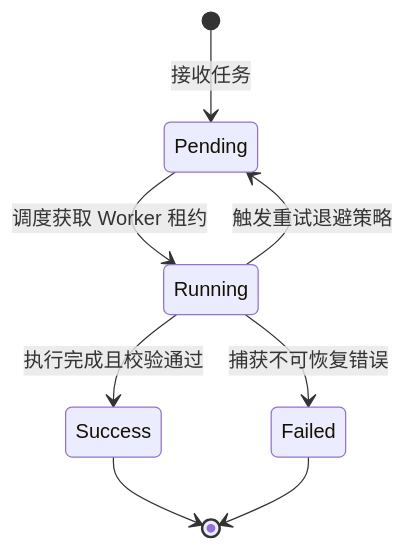
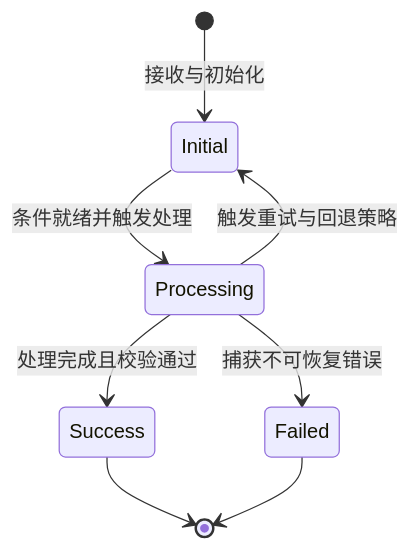
Before and after one commit to Asstar-X/repo-mentor: the diagram in methodology/04-state-and-invariants.md, drawn with Mermaid. The commit also changed other lines of this file and 7 other files, not shown here.

````diff
--- a/methodology/04-state-and-invariants.md
+++ b/methodology/04-state-and-invariants.md
@@ -32,10 +32,10 @@
 ```mermaid
 stateDiagram-v2
-    [*] --> Pending : 接收任务
-    Pending --> Running : 调度获取 Worker 租约
-    Running --> Success : 执行完成且校验通过
-    Running --> Failed : 捕获不可恢复错误
-    Running --> Pending : 触发重试退避策略
+    [*] --> Initial : 接收与初始化
+    Initial --> Processing : 条件就绪并触发处理
+    Processing --> Success : 处理完成且校验通过
+    Processing --> Failed : 捕获不可恢复错误
+    Processing --> Initial : 触发重试与回退策略
     Success --> [*]
     Failed --> [*]
 ```
````
